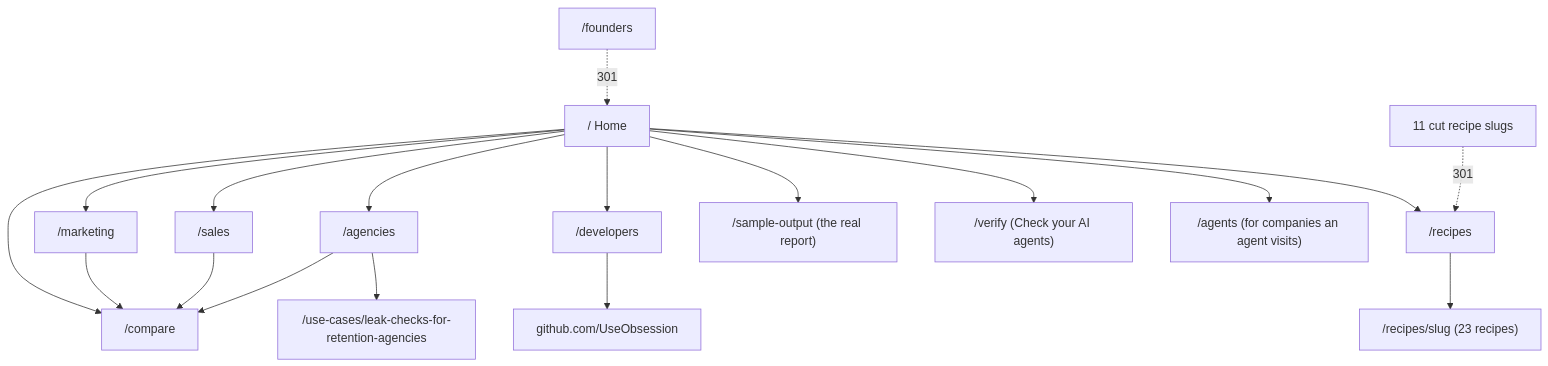
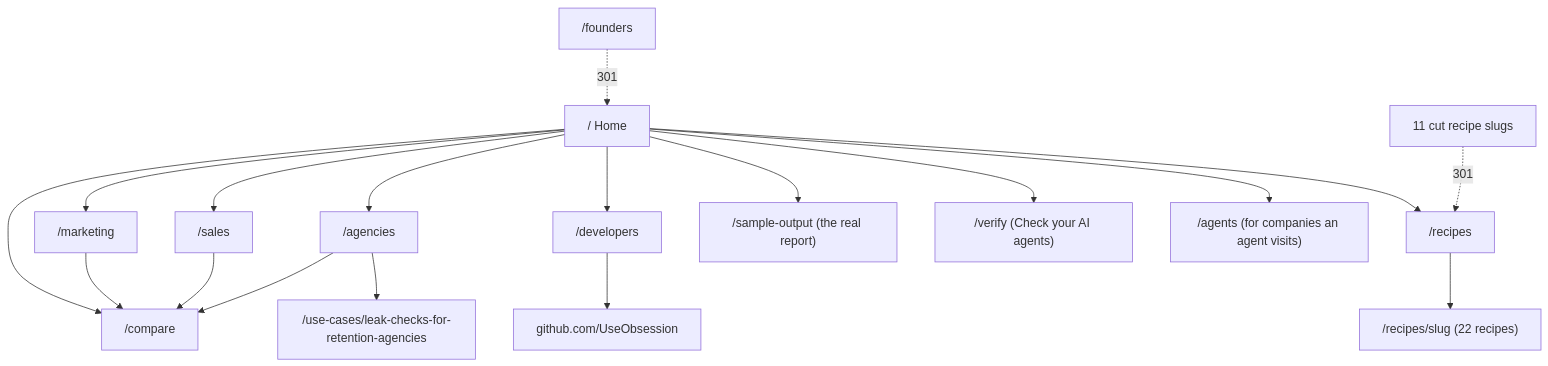
Before and after one commit to UseObsession/homepage: the first of 2 diagrams in COPY.md, drawn with Mermaid. The commit also changed other lines of this file and 11 other files, not shown here.

````diff
--- a/COPY.md
+++ b/COPY.md
@@ -137,20 +137,20 @@
 ```mermaid
 flowchart TD
   H["/ Home"] --> M["/marketing"]
   H --> S["/sales"]
   H --> A["/agencies"]
   H --> D["/developers"]
   H --> C["/compare"]
   H --> R["/recipes"]
   H --> SO["/sample-output (the real report)"]
-  R --> RP["/recipes/slug (23 recipes)"]
+  R --> RP["/recipes/slug (22 recipes)"]
   H --> V["/verify (Check your AI agents)"]
   M --> C
   S --> C
   A --> C
   A --> UC["/use-cases/leak-checks-for-retention-agencies"]
   D --> GH["github.com/UseObsession"]
   H --> AG["/agents (for companies an agent visits)"]
   F["/founders"] -. 301 .-> H
   X["11 cut recipe slugs"] -. 301 .-> R
 ```
````
